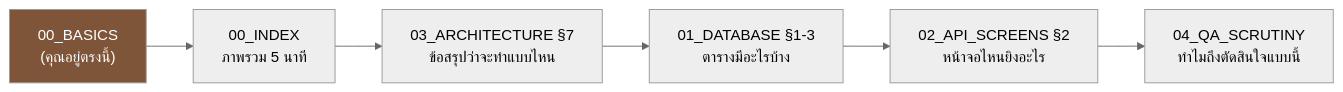
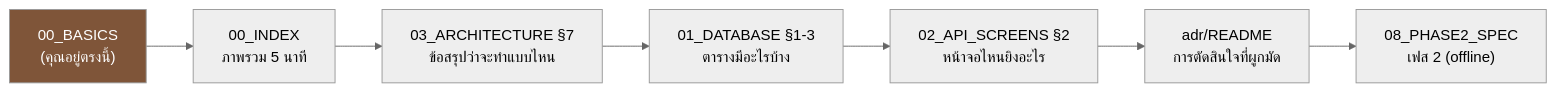
One commit to NuimanLP/srisurart-pos-flutter changed diagram 15 of 15 in docs/Backend_design/00_BASICS.md. Above: the diagram before and after it, drawn with Mermaid (neutral theme). The commit also changed other lines of this file and 15 other files, not shown here.

````diff
--- a/docs/Backend_design/00_BASICS.md
+++ b/docs/Backend_design/00_BASICS.md
@@ -644,9 +723,10 @@
 ```mermaid
 flowchart LR
   A["00_BASICS<br/>(คุณอยู่ตรงนี้)"] --> B["00_INDEX<br/>ภาพรวม 5 นาที"]
   B --> C["03_ARCHITECTURE §7<br/>ข้อสรุปว่าจะทำแบบไหน"]
   C --> D["01_DATABASE §1-3<br/>ตารางมีอะไรบ้าง"]
   D --> E["02_API_SCREENS §2<br/>หน้าจอไหนยิงอะไร"]
-  E --> F["04_QA_SCRUTINY<br/>ทำไมถึงตัดสินใจแบบนี้"]
+  E --> F["adr/README<br/>การตัดสินใจที่ผูกมัด"]
+  F --> G["08_PHASE2_SPEC<br/>เฟส 2 (offline)"]
   style A fill:#7f5539,color:#fff
 ```
````
